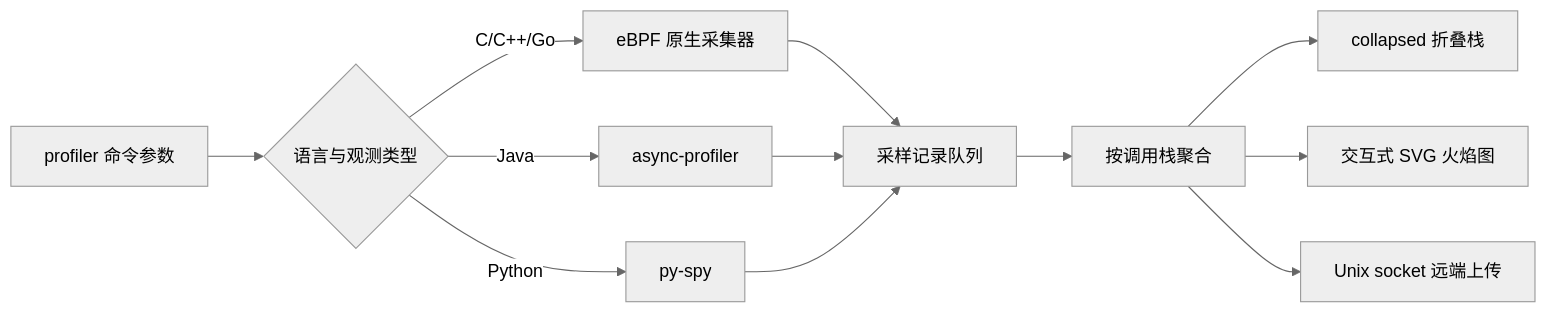
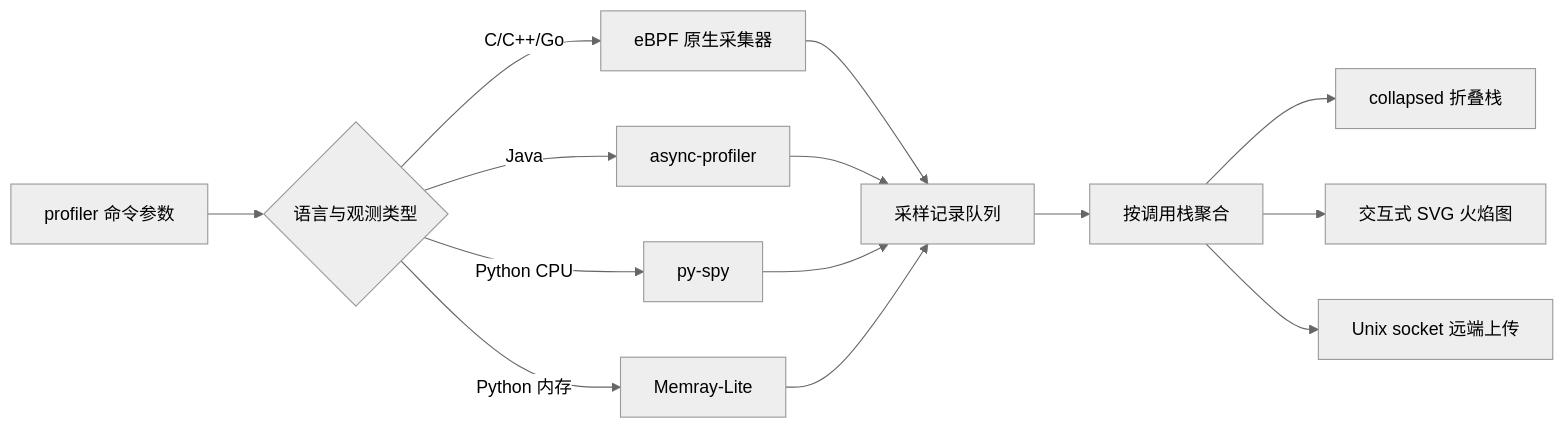
One commit to ccfos/huatuo changed the diagram in docs/key-feature/continuous-profiling_zh.md. Above: the diagram before and after it, drawn with Mermaid (neutral theme). The commit also changed other lines of this file and 3 other files, not shown here.

First line of the commit message:
feat(profiler): document Python memory profiling

````diff
--- a/docs/key-feature/continuous-profiling_zh.md
+++ b/docs/key-feature/continuous-profiling_zh.md
@@ -691,14 +745,16 @@
 ```mermaid
 flowchart LR
     CLI[profiler 命令参数] --> Select{语言与观测类型}
     Select -->|C/C++/Go| Native[eBPF 原生采集器]
     Select -->|Java| Java[async-profiler]
-    Select -->|Python| Python[py-spy]
+    Select -->|Python CPU| PythonCPU[py-spy]
+    Select -->|Python 内存| PythonMemory[Memray-Lite]
     Native --> Queue[采样记录队列]
     Java --> Queue
-    Python --> Queue
+    PythonCPU --> Queue
+    PythonMemory --> Queue
     Queue --> Aggregate[按调用栈聚合]
     Aggregate --> Folded[collapsed 折叠栈]
     Aggregate --> SVG[交互式 SVG 火焰图]
     Aggregate --> Remote[Unix socket 远端上传]
 ```
````
